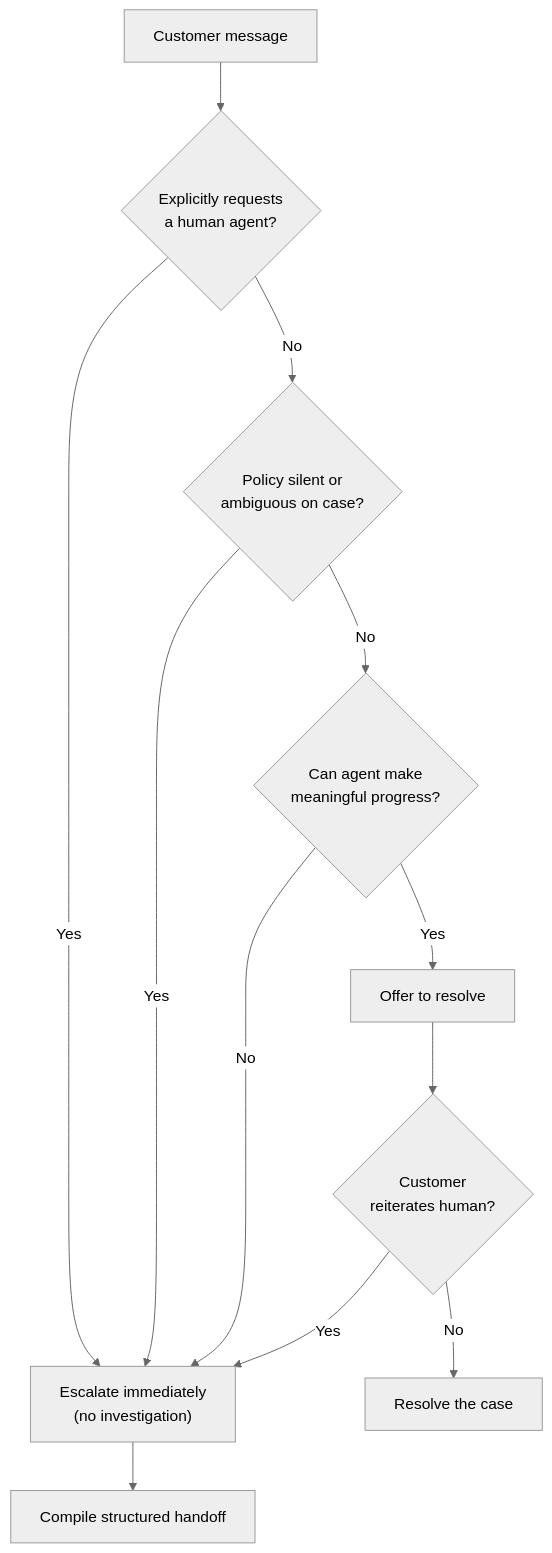
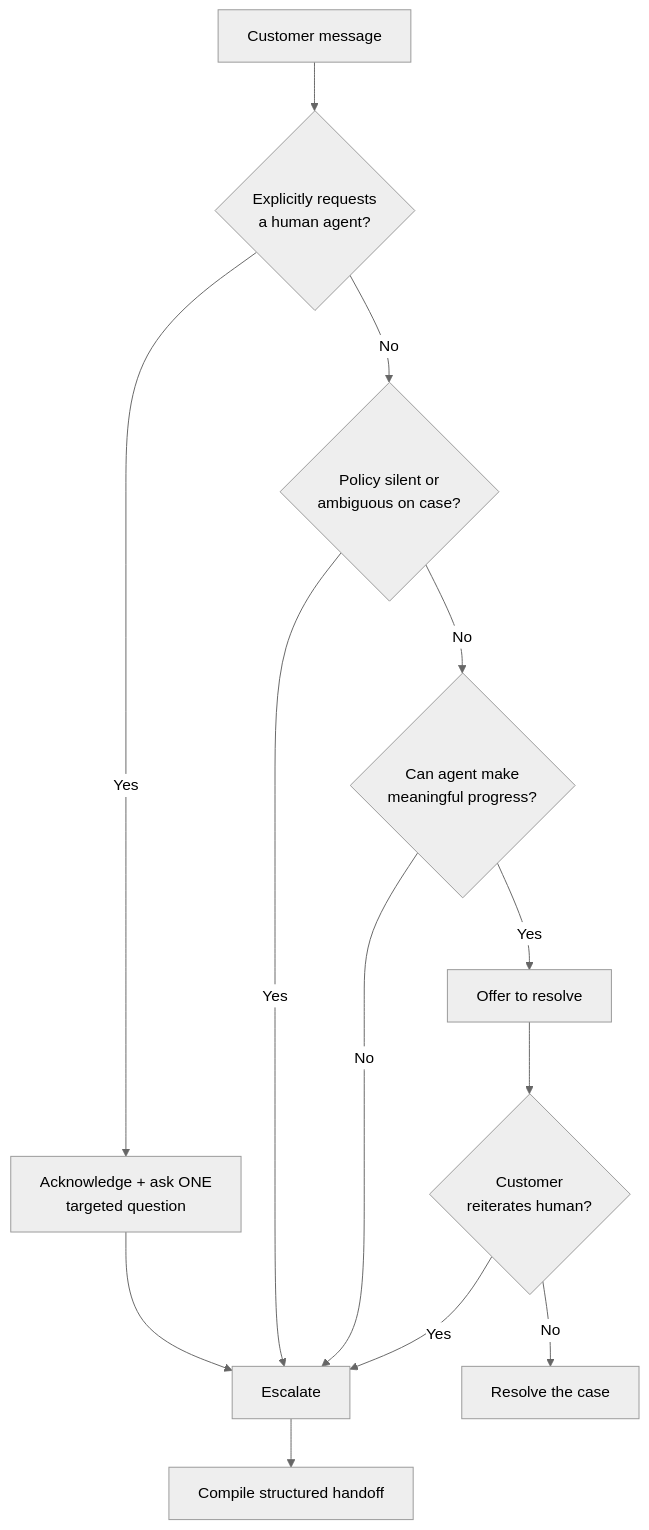
The first of 5 diagrams in 03 - Domains/D5 - Context Management & Reliability.md (thanghoangnguyen-kms/cca-f), drawn with Mermaid (neutral theme) before and after one commit. The commit also changed other lines of this file and 26 other files, not shown here.

````diff
--- a/03 - Domains/D5 - Context Management & Reliability.md
+++ b/03 - Domains/D5 - Context Management & Reliability.md
@@ -113,14 +113,15 @@
 ```mermaid
 flowchart TD
     A["Customer message"] --> B{"Explicitly requests<br/>a human agent?"}
-    B -->|Yes| E["Escalate immediately<br/>(no investigation)"]
+    B -->|Yes| S["Acknowledge + ask ONE<br/>targeted question"]
+    S --> E["Escalate"]
     B -->|No| C{"Policy silent or<br/>ambiguous on case?"}
     C -->|Yes| E
     C -->|No| D{"Can agent make<br/>meaningful progress?"}
     D -->|No| E
     D -->|Yes| F["Offer to resolve"]
     F --> G{"Customer<br/>reiterates human?"}
     G -->|Yes| E
     G -->|No| H["Resolve the case"]
     E --> I["Compile structured handoff"]
 ```
````
